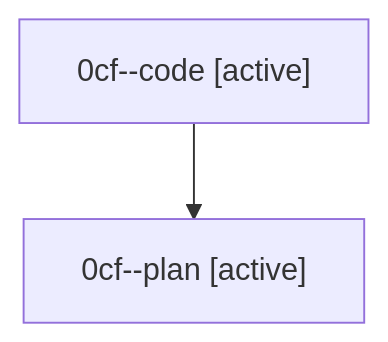
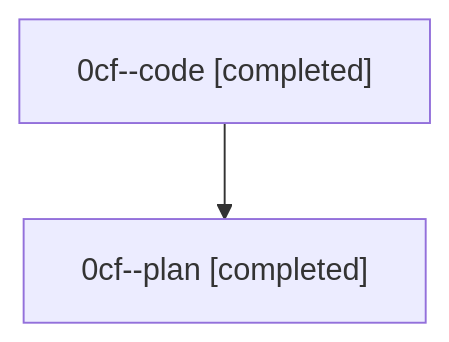
Before and after one commit to sase-org/sase--agents: the diagram in families/bbugyi200.athena.0cf.md, drawn with Mermaid. The commit also changed other lines of this file and 31 other files, not shown here.

````diff
--- a/families/bbugyi200.athena.0cf.md
+++ b/families/bbugyi200.athena.0cf.md
@@ -9,6 +9,6 @@
 ```mermaid
 flowchart TD
-  n0["0cf--code [active]"]
-  n1["0cf--plan [active]"]
+  n0["0cf--code [completed]"]
+  n1["0cf--plan [completed]"]
   n0 --> n1
 ```
````
